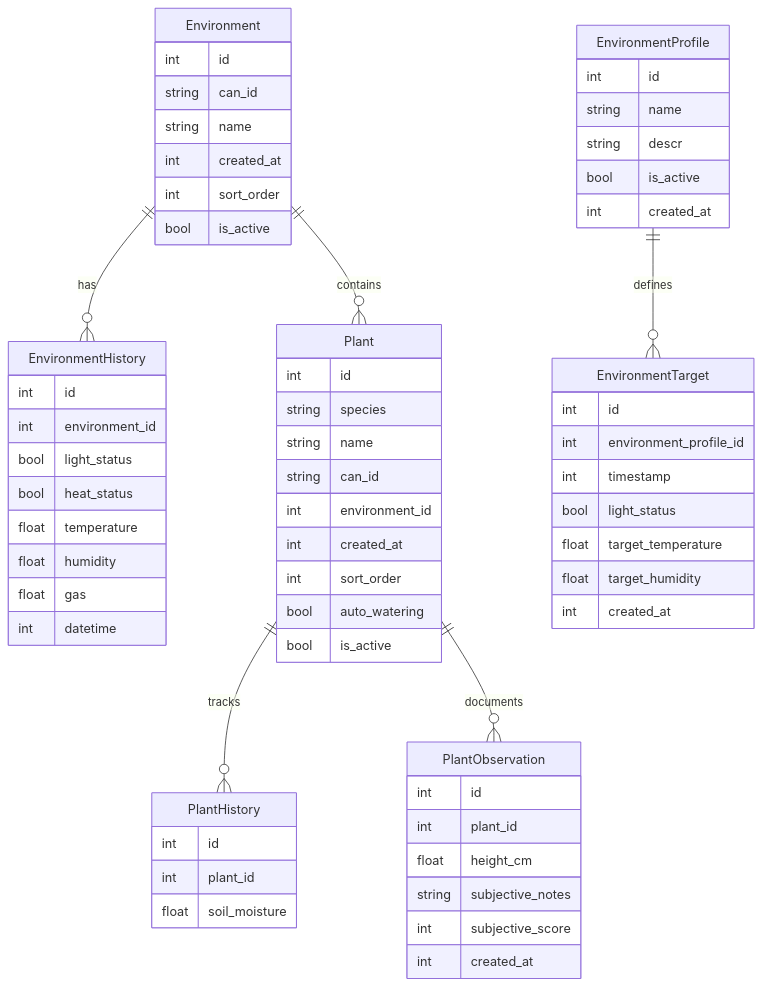
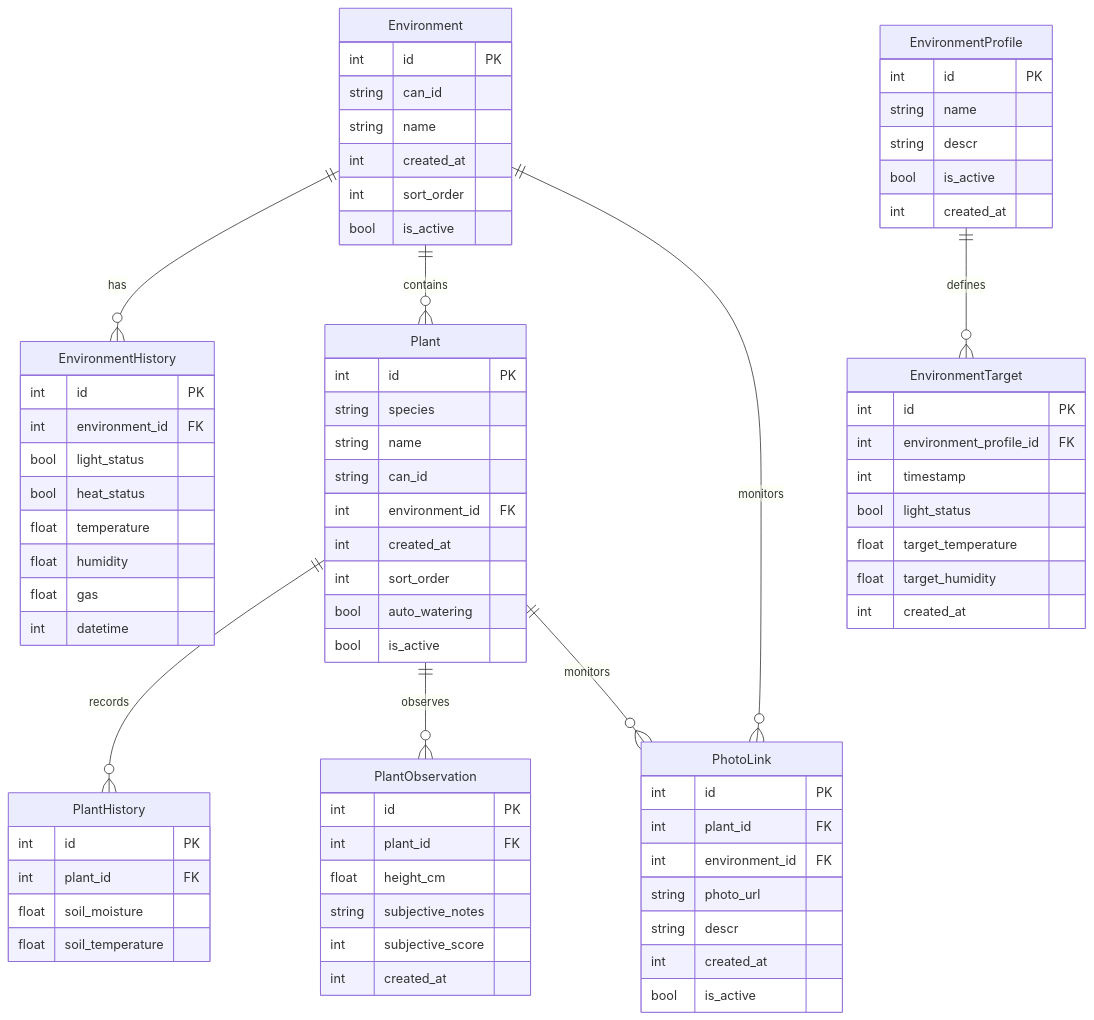
The diagram in doc/ai_generated/db.md (srenner/CANgrow), drawn with Mermaid before and after one commit. The commit also changed other lines of this file and 1 other file, not shown here.

Commit message:
modeling update

````diff
--- a/doc/ai_generated/db.md
+++ b/doc/ai_generated/db.md
@@ -5,13 +5,15 @@
 ```mermaid
 erDiagram
-    Environment ||--o{ EnvironmentHistory : "has"
-    Environment ||--o{ Plant : "contains"
-    EnvironmentProfile ||--o{ EnvironmentTarget : "defines"
-    Plant ||--o{ PlantHistory : "tracks"
-    Plant ||--o{ PlantObservation : "documents"
+    Environment ||--o{ EnvironmentHistory : has
+    Environment ||--o{ Plant : contains
+    Environment ||--o{ PhotoLink : monitors
+    EnvironmentProfile ||--o{ EnvironmentTarget : defines
+    Plant ||--o{ PlantHistory : records
+    Plant ||--o{ PlantObservation : observes
+    Plant ||--o{ PhotoLink : monitors
 
     Environment {
-        int id
+        int id PK
         string can_id
         string name
         int created_at
@@ -20,7 +22,7 @@
     }
 
     EnvironmentProfile {
-        int id
+        int id PK
         string name
         string descr
         bool is_active
@@ -28,8 +30,8 @@
     }
 
     EnvironmentHistory {
-        int id
-        int environment_id
+        int id PK
+        int environment_id FK
         bool light_status
         bool heat_status
         float temperature
@@ -39,8 +41,8 @@
     }
 
     EnvironmentTarget {
-        int id
-        int environment_profile_id
+        int id PK
+        int environment_profile_id FK
         int timestamp
         bool light_status
         float target_temperature
@@ -49,11 +51,11 @@
     }
 
     Plant {
-        int id
+        int id PK
         string species
         string name
         string can_id
-        int environment_id
+        int environment_id FK
         int created_at
         int sort_order
         bool auto_watering
@@ -61,17 +63,28 @@
     }
 
     PlantHistory {
-        int id
-        int plant_id
+        int id PK
+        int plant_id FK
         float soil_moisture
+        float soil_temperature
     }
 
     PlantObservation {
-        int id
-        int plant_id
+        int id PK
+        int plant_id FK
         float height_cm
         string subjective_notes
         int subjective_score
         int created_at
     }
+
+    PhotoLink {
+        int id PK
+        int plant_id FK
+        int environment_id FK
+        string photo_url
+        string descr
+        int created_at
+        bool is_active
+    }
 ```
````
